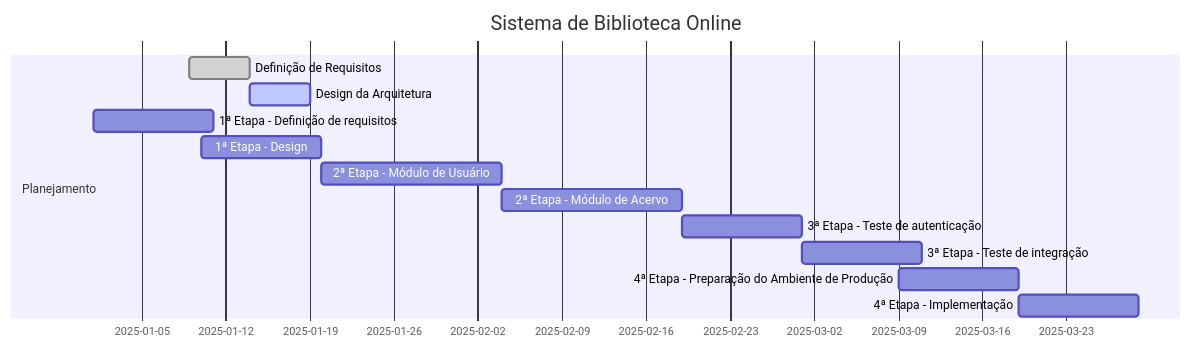
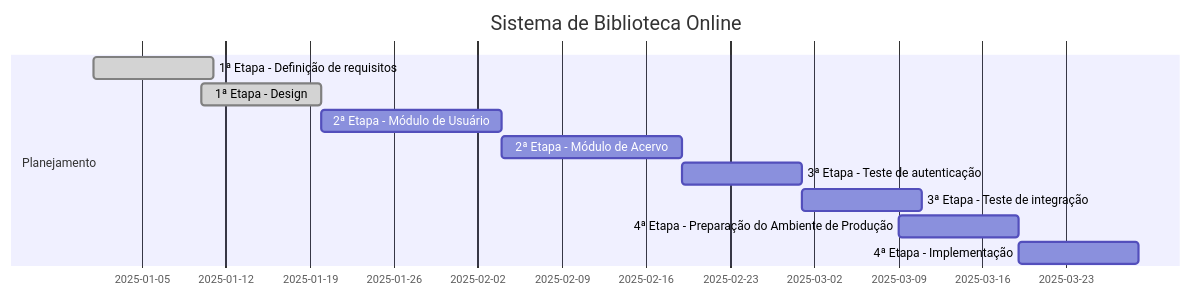
Before and after one commit to larissatoyohashi/grafico-gantt: the fifth of 5 diagrams in README.md, drawn with Mermaid.

````diff
--- a/README.md
+++ b/README.md
@@ -84,18 +84,16 @@
 ```mermaid
 gantt
 title Sistema de Biblioteca Online
 dateFormat YYYY-MM-DD
 section Planejamento
-    Definição de Requisitos      :done,    req, 2025-01-09, 5d
-    Design da Arquitetura        :active,  arch, after req, 5d
 
-1ª Etapa - Definição de requisitos:active pa, 2025-01-01, 10d
-1ª Etapa - Design :active pa, 2025-01-10, 10d
+1ª Etapa - Definição de requisitos:done, 2025-01-01, 10d
+1ª Etapa - Design :done, 2025-01-10, 10d
 2ª Etapa - Módulo de Usuário:active pa, 2025-01-20, 15d
 2ª Etapa - Módulo de Acervo:active pa, 2025-02-04, 15d
 3ª Etapa - Teste de autenticação: pt, 2025-02-19, 10d
 3ª Etapa - Teste de integração: pt, 2025-02-29, 10d
 4ª Etapa - Preparação do Ambiente de Produção: pt, 2025-03-09, 10d
 4ª Etapa - Implementação: pt, 2025-03-19, 10d
 
 ```
````
